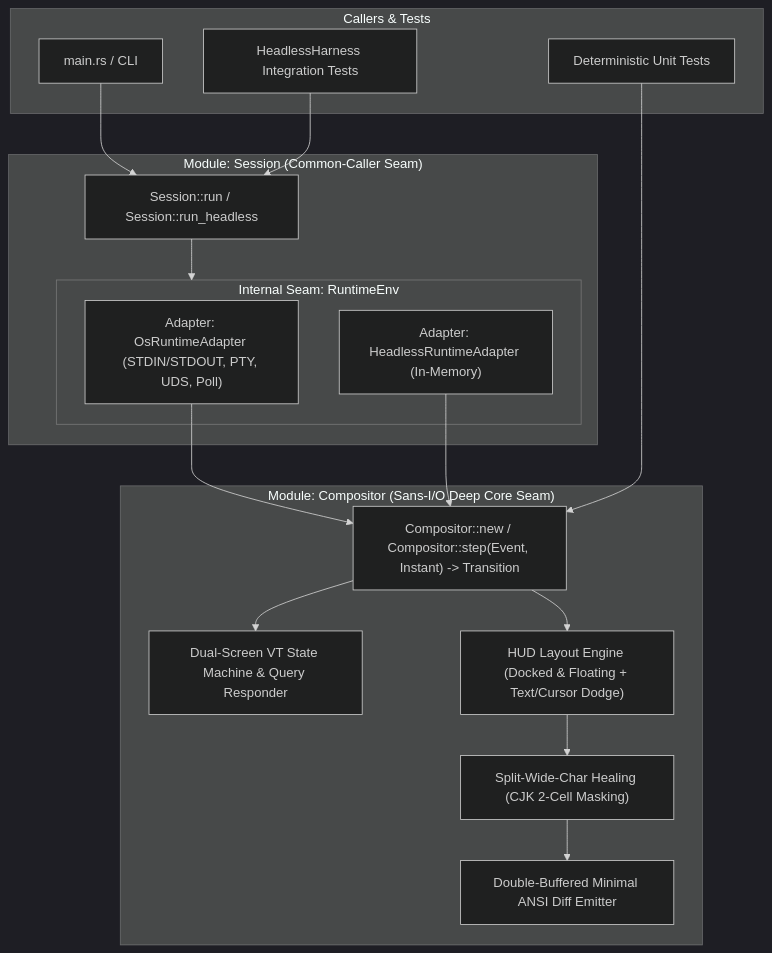
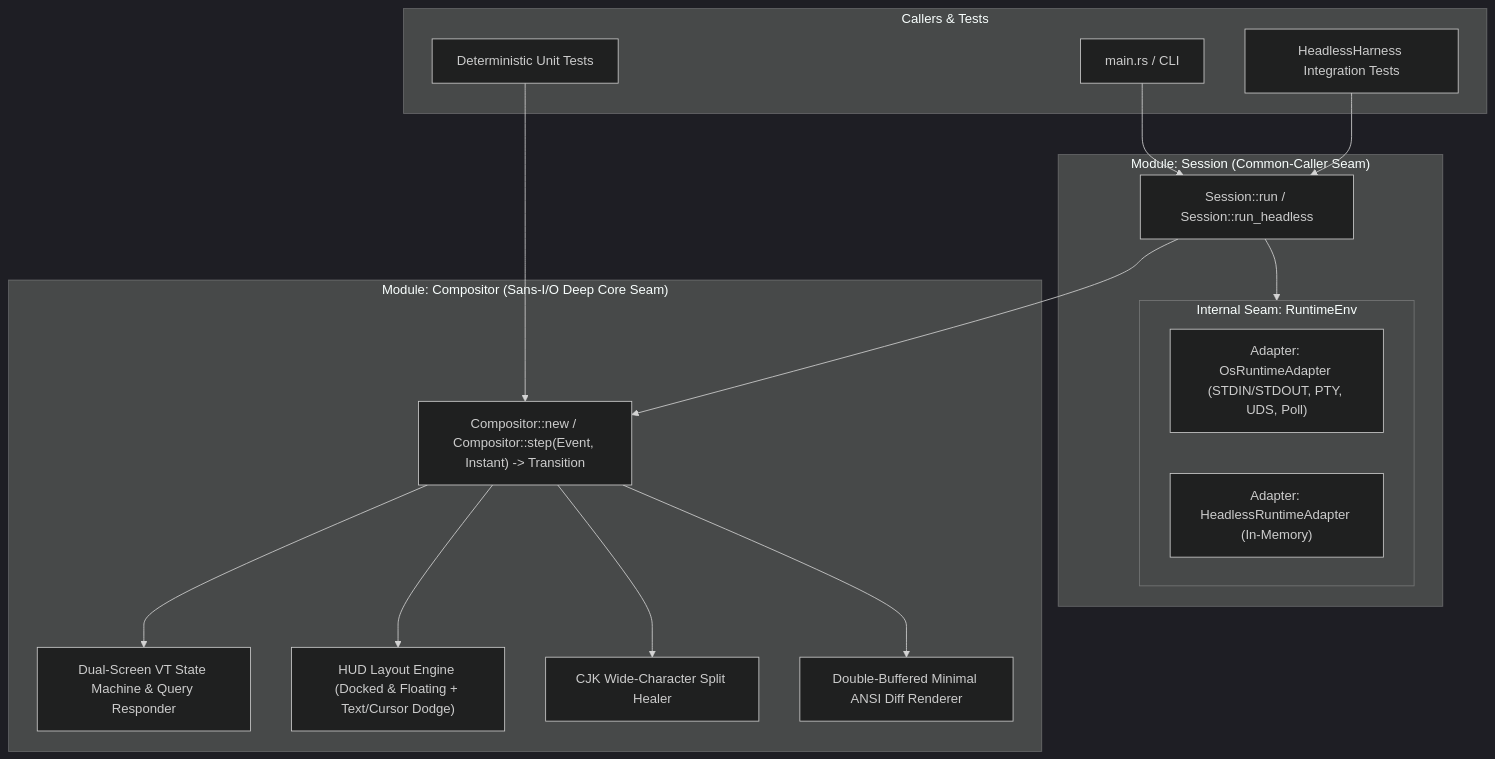
The diagram in docs/architecture/compositor-module.md (yamadayuki/thud), drawn with Mermaid (dark theme) before and after one commit. The commit also changed other lines of this file and 12 other files, not shown here.

````diff
--- a/docs/architecture/compositor-module.md
+++ b/docs/architecture/compositor-module.md
@@ -14,35 +14,34 @@
 ```mermaid
 flowchart TB
     subgraph ExternalCallers["Callers & Tests"]
         CLI["main.rs / CLI"]
         UnitTest["Deterministic Unit Tests"]
         IntegTest["HeadlessHarness Integration Tests"]
     end
 
     subgraph SessionModule["Module: Session (Common-Caller Seam)"]
         SessionRun["Session::run / Session::run_headless"]
         subgraph InternalSeam["Internal Seam: RuntimeEnv"]
             OsAdapter["Adapter: OsRuntimeAdapter (STDIN/STDOUT, PTY, UDS, Poll)"]
             HeadlessAdapter["Adapter: HeadlessRuntimeAdapter (In-Memory)"]
         end
     end
 
     subgraph CompositorModule["Module: Compositor (Sans-I/O Deep Core Seam)"]
         Step["Compositor::new / Compositor::step(Event, Instant) -> Transition"]
         VTE["Dual-Screen VT State Machine & Query Responder"]
         Layout["HUD Layout Engine (Docked & Floating + Text/Cursor Dodge)"]
-        CJK["Split-Wide-Char Healing (CJK 2-Cell Masking)"]
-        Diff["Double-Buffered Minimal ANSI Diff Emitter"]
-        Step --> VTE
-        Step --> Layout
-        Layout --> CJK
-        CJK --> Diff
+        WChar["CJK Wide-Character Split Healer"]
+        Differ["Double-Buffered Minimal ANSI Diff Renderer"]
     end
 
     CLI --> SessionRun
     IntegTest --> SessionRun
+    UnitTest --> Step
     SessionRun --> InternalSeam
-    OsAdapter --> Step
-    HeadlessAdapter --> Step
-    UnitTest --> Step
+    SessionRun --> Step
+    Step --> VTE
+    Step --> Layout
+    Step --> WChar
+    Step --> Differ
 ```
````
